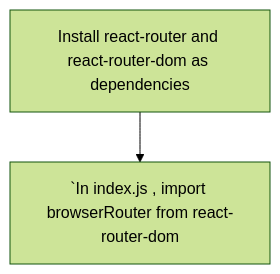
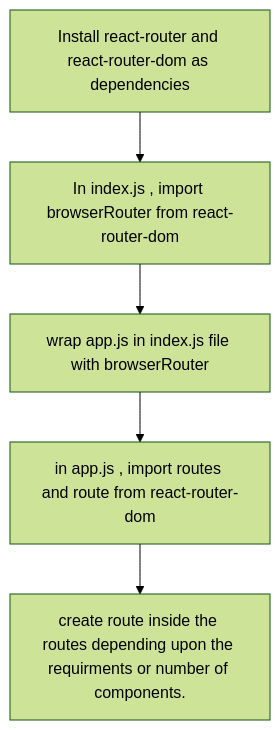
Before and after one commit to Apoorv266/neoG-assignments: the diagram in Notes/Router/router.md, drawn with Mermaid (forest theme).

````diff
--- a/Notes/Router/router.md
+++ b/Notes/Router/router.md
@@ -5,5 +5,8 @@
 ```mermaid
 flowchart TD
-    A[Install react-router and react-router-dom as dependencies]-->B[`In index.js , import browserRouter from react-router-dom];
+    A[Install react-router and react-router-dom as dependencies]-->B[In index.js , import browserRouter from react-router-dom];
+    B-->C[wrap app.js in index.js file with browserRouter]
+    C-->D[in app.js , import routes and route from react-router-dom]
+    D-->E[ create route inside the routes depending upon the requirments or number of components. ]
     
 ```
````
